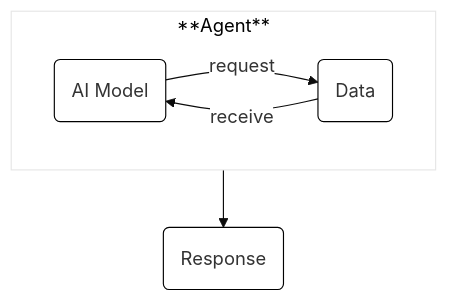
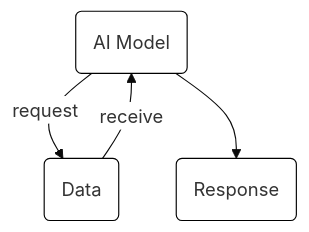
One commit to ahmed33033/ai-dictionary changed the diagram in README.md. Above: the diagram before and after it, drawn with Mermaid. The commit also changed 7 other files, not shown here.

````diff
--- a/README.md
+++ b/README.md
@@ -106,19 +93,16 @@
 ```mermaid
 ---
 config:
     theme: base
     themeVariables:
         primaryBorderColor: '#000000'
         secondaryBorderColor: '#000000'
         primaryColor: '#FFFFFF'
 ---
 flowchart
     model@{shape: rounded, label: "AI Model"}
     data@{shape: rounded, label: "Data"}
-        subgraph Agent[**Agent**]
-        direction LR
         model --> |request|data
         data --> |receive|model
-        end
-    Agent --> Goal@{shape: rounded, label: "Response"}
+    model --> Goal@{shape: rounded, label: "Response"}
 ```
````
